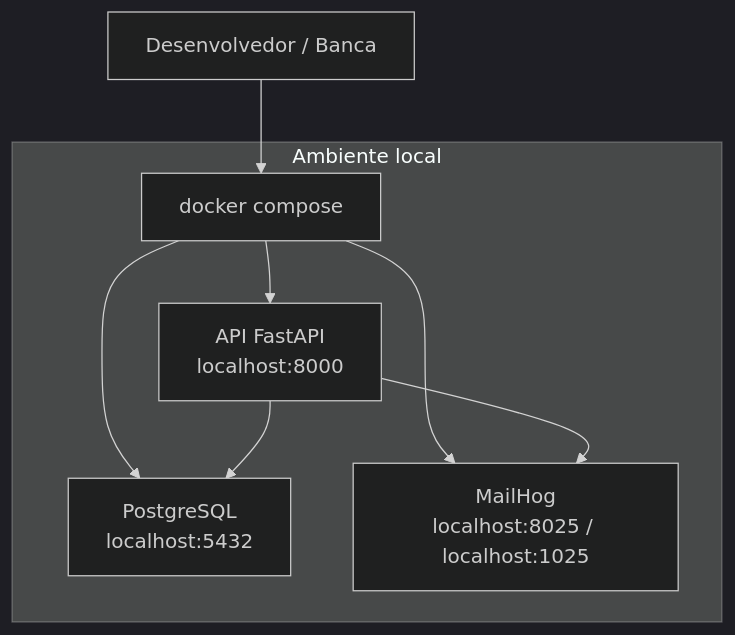
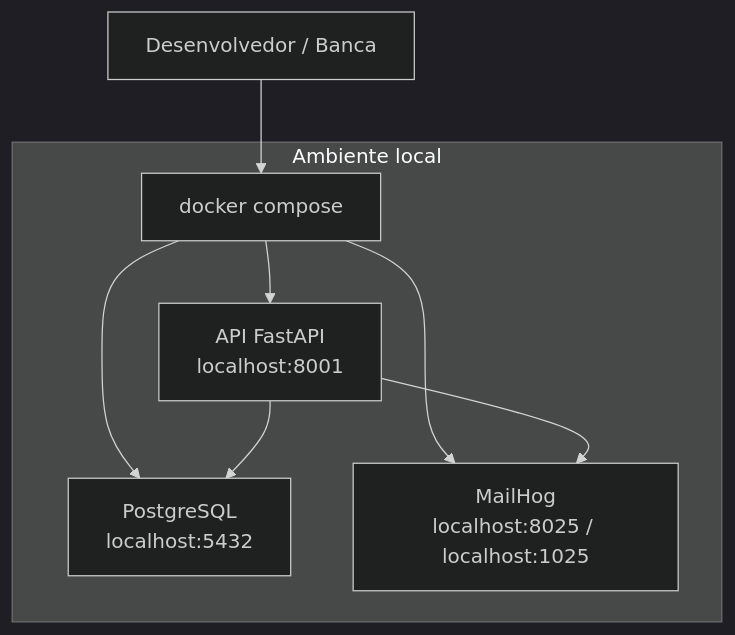
Before and after one commit to dev-ana-lopes/service-order-os-service: the first of 3 diagrams in docs/architecture/solution-architecture.md, drawn with Mermaid (dark theme). The commit also changed 20 other files, not shown here.

````diff
--- a/docs/architecture/solution-architecture.md
+++ b/docs/architecture/solution-architecture.md
@@ -5,13 +5,13 @@
 ```mermaid
 flowchart TB
     Dev["Desenvolvedor / Banca"] --> Compose["docker compose"]
 
     subgraph Local["Ambiente local"]
-        Compose --> API["API FastAPI<br/>localhost:8000"]
+        Compose --> API["API FastAPI<br/>localhost:8001"]
         Compose --> DB["PostgreSQL<br/>localhost:5432"]
         Compose --> MailHog["MailHog<br/>localhost:8025 / localhost:1025"]
     end
 
     API --> DB
     API --> MailHog
 ```
````
